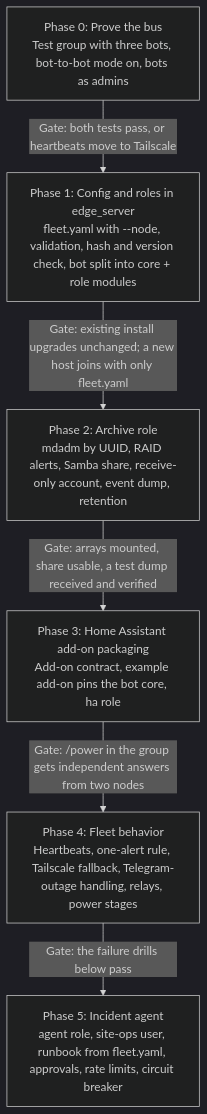
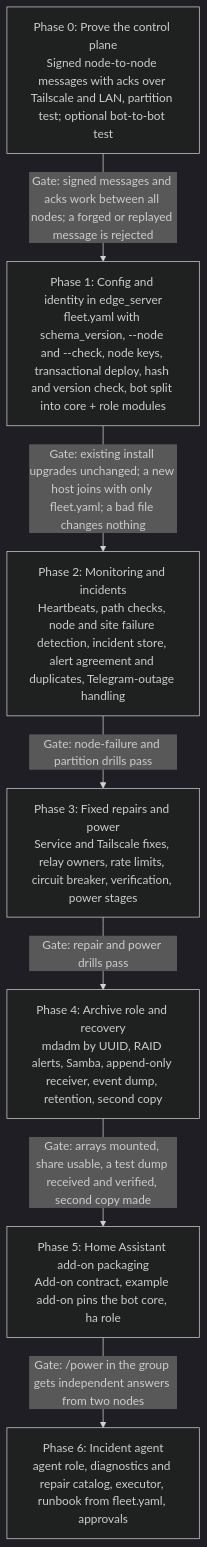
Before and after one commit to realsystem/edge_server: the second of 2 diagrams in docs/design/edge-system.md, drawn with Mermaid (dark theme). The commit also changed other lines of this file and 2 other files, not shown here.

First line of the commit message:
Design: changes from two reviews (#27)

````diff
--- a/docs/design/edge-system.md
+++ b/docs/design/edge-system.md
@@ -404,14 +423,16 @@
 ```mermaid
 flowchart TB
-  P0["Phase 0: Prove the bus<br/>Test group with three bots, bot-to-bot mode on, bots as admins"]
-  P1["Phase 1: Config and roles in edge_server<br/>fleet.yaml with --node, validation, hash and version check, bot split into core + role modules"]
-  P2["Phase 2: Archive role<br/>mdadm by UUID, RAID alerts, Samba share, receive-only account, event dump, retention"]
-  P3["Phase 3: Home Assistant add-on packaging<br/>Add-on contract, example add-on pins the bot core, ha role"]
-  P4["Phase 4: Fleet behavior<br/>Heartbeats, one-alert rule, Tailscale fallback, Telegram-outage handling, relays, power stages"]
-  P5["Phase 5: Incident agent<br/>agent role, site-ops user, runbook from fleet.yaml, approvals, rate limits, circuit breaker"]
-  P0 -->|"Gate: both tests pass, or heartbeats move to Tailscale"| P1
-  P1 -->|"Gate: existing install upgrades unchanged; a new host joins with only fleet.yaml"| P2
-  P2 -->|"Gate: arrays mounted, share usable, a test dump received and verified"| P3
-  P3 -->|"Gate: /power in the group gets independent answers from two nodes"| P4
-  P4 -->|"Gate: the failure drills below pass"| P5
+  P0["Phase 0: Prove the control plane<br/>Signed node-to-node messages with acks over Tailscale and LAN, partition test; optional bot-to-bot test"]
+  P1["Phase 1: Config and identity in edge_server<br/>fleet.yaml with schema_version, --node and --check, node keys, transactional deploy, hash and version check, bot split into core + role modules"]
+  P2["Phase 2: Monitoring and incidents<br/>Heartbeats, path checks, node and site failure detection, incident store, alert agreement and duplicates, Telegram-outage handling"]
+  P3["Phase 3: Fixed repairs and power<br/>Service and Tailscale fixes, relay owners, rate limits, circuit breaker, verification, power stages"]
+  P4["Phase 4: Archive role and recovery<br/>mdadm by UUID, RAID alerts, Samba, append-only receiver, event dump, retention, second copy"]
+  P5["Phase 5: Home Assistant add-on packaging<br/>Add-on contract, example add-on pins the bot core, ha role"]
+  P6["Phase 6: Incident agent<br/>agent role, diagnostics and repair catalog, executor, runbook from fleet.yaml, approvals"]
+  P0 -->|"Gate: signed messages and acks work between all nodes; a forged or replayed message is rejected"| P1
+  P1 -->|"Gate: existing install upgrades unchanged; a new host joins with only fleet.yaml; a bad file changes nothing"| P2
+  P2 -->|"Gate: node-failure and partition drills pass"| P3
+  P3 -->|"Gate: repair and power drills pass"| P4
+  P4 -->|"Gate: arrays mounted, share usable, a test dump received and verified, second copy made"| P5
+  P5 -->|"Gate: /power in the group gets independent answers from two nodes"| P6
 ```
````
